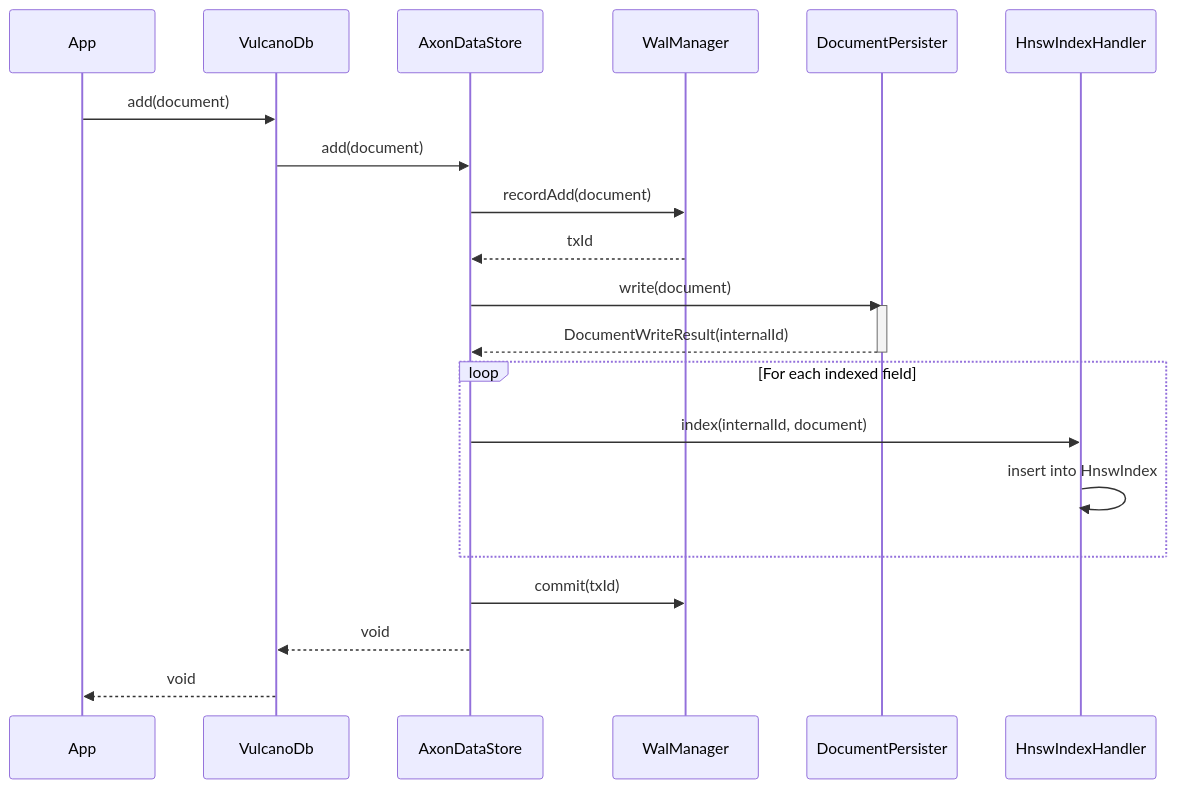
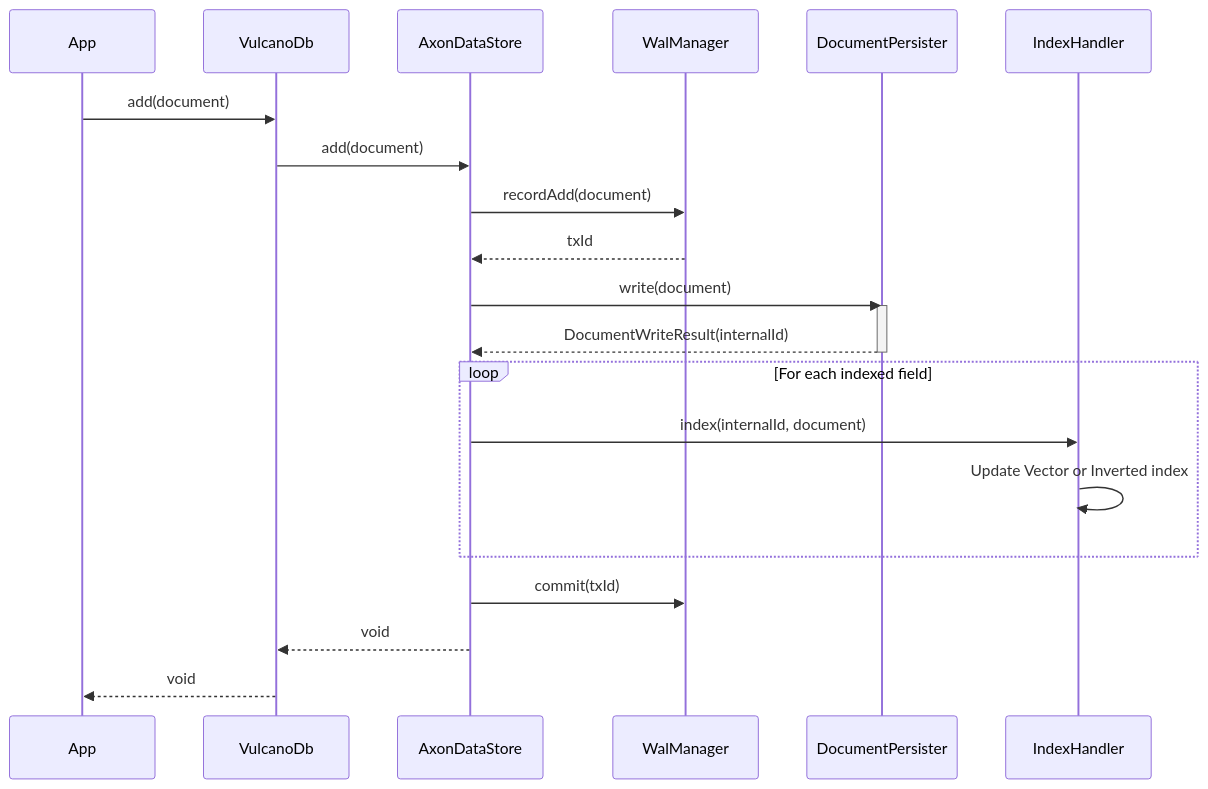
The third of 3 diagrams in doc/lld/LLD.md (NachoBrito/vulcano), drawn with Mermaid before and after one commit. The commit also changed other lines of this file and 27 other files, not shown here.

````diff
--- a/doc/lld/LLD.md
+++ b/doc/lld/LLD.md
@@ -123,29 +135,29 @@
 ```mermaid
 sequenceDiagram
     participant App
     participant VDB as VulcanoDb
     participant ADS as AxonDataStore
     participant WAL as WalManager
     participant DP as DocumentPersister
-    participant HIH as HnswIndexHandler
+    participant HIH as IndexHandler
 
     App->>VDB: add(document)
     VDB->>ADS: add(document)
     
     ADS->>WAL: recordAdd(document)
     WAL-->>ADS: txId
     
     ADS->>DP: write(document)
     activate DP
     DP-->>ADS: DocumentWriteResult(internalId)
     deactivate DP
     
     loop For each indexed field
         ADS->>HIH: index(internalId, document)
-        HIH->>HIH: insert into HnswIndex
+        HIH->>HIH: Update Vector or Inverted index
     end
     
     ADS->>WAL: commit(txId)
     ADS-->>VDB: void
     VDB-->>App: void
 ```
````
